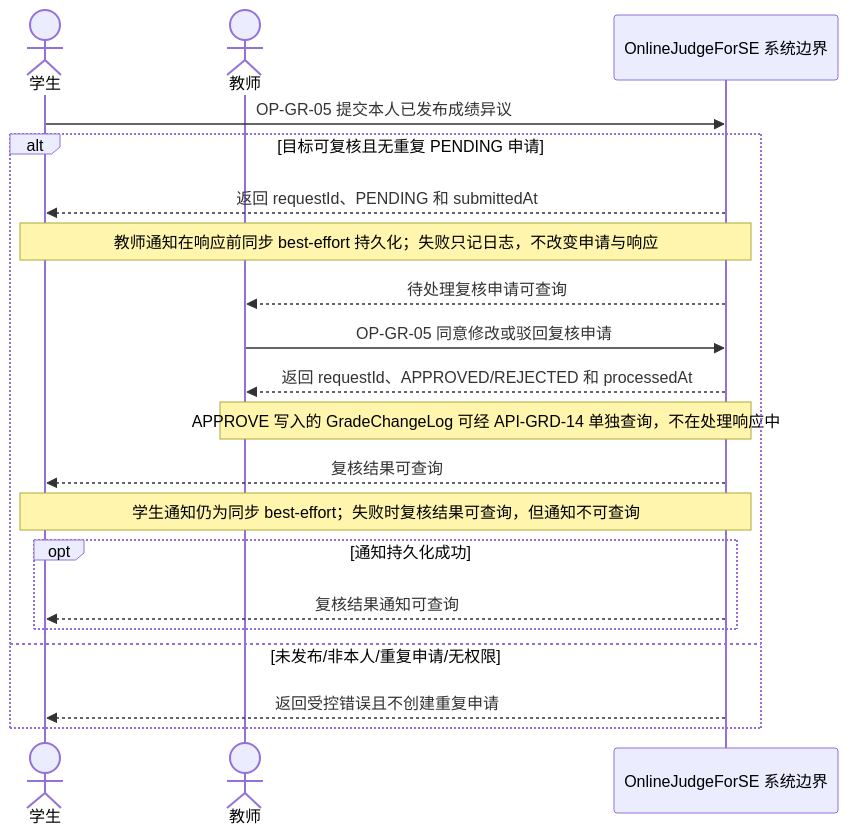
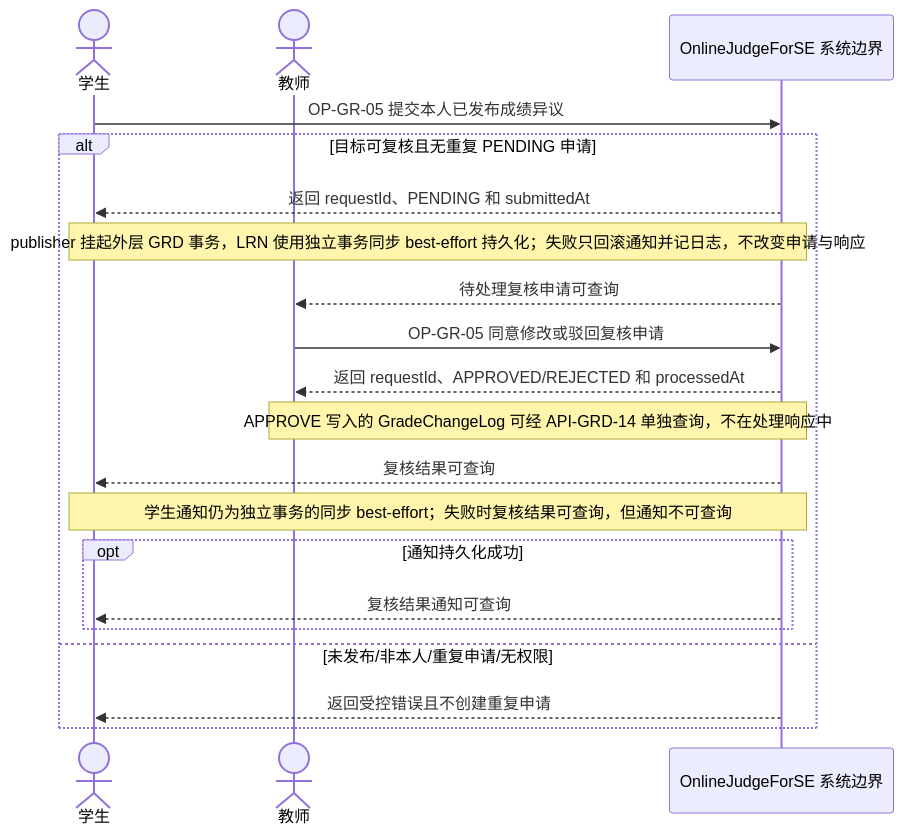
The diagram in docs/diagrams/srs/fig_4_22_grade_review_ssd.mmd (Cr4zyorange/OnlineJudge), drawn with Mermaid before and after one commit. The commit also changed 13 other files, not shown here.

```diff
--- a/docs/diagrams/srs/fig_4_22_grade_review_ssd.mmd
+++ b/docs/diagrams/srs/fig_4_22_grade_review_ssd.mmd
@@ -1,20 +1,20 @@
 sequenceDiagram
   actor Student as 学生
   actor Teacher as 教师
   participant System as OnlineJudgeForSE 系统边界
   Student->>System: OP-GR-05 提交本人已发布成绩异议
   alt 目标可复核且无重复 PENDING 申请
     System-->>Student: 返回 requestId、PENDING 和 submittedAt
-    Note over Student,System: 教师通知在响应前同步 best-effort 持久化；失败只记日志，不改变申请与响应
+    Note over Student,System: publisher 挂起外层 GRD 事务，LRN 使用独立事务同步 best-effort 持久化；失败只回滚通知并记日志，不改变申请与响应
     System-->>Teacher: 待处理复核申请可查询
     Teacher->>System: OP-GR-05 同意修改或驳回复核申请
     System-->>Teacher: 返回 requestId、APPROVED/REJECTED 和 processedAt
     Note over Teacher,System: APPROVE 写入的 GradeChangeLog 可经 API-GRD-14 单独查询，不在处理响应中
     System-->>Student: 复核结果可查询
-    Note over Student,System: 学生通知仍为同步 best-effort；失败时复核结果可查询，但通知不可查询
+    Note over Student,System: 学生通知仍为独立事务的同步 best-effort；失败时复核结果可查询，但通知不可查询
     opt 通知持久化成功
       System-->>Student: 复核结果通知可查询
     end
   else 未发布/非本人/重复申请/无权限
     System-->>Student: 返回受控错误且不创建重复申请
   end
```
